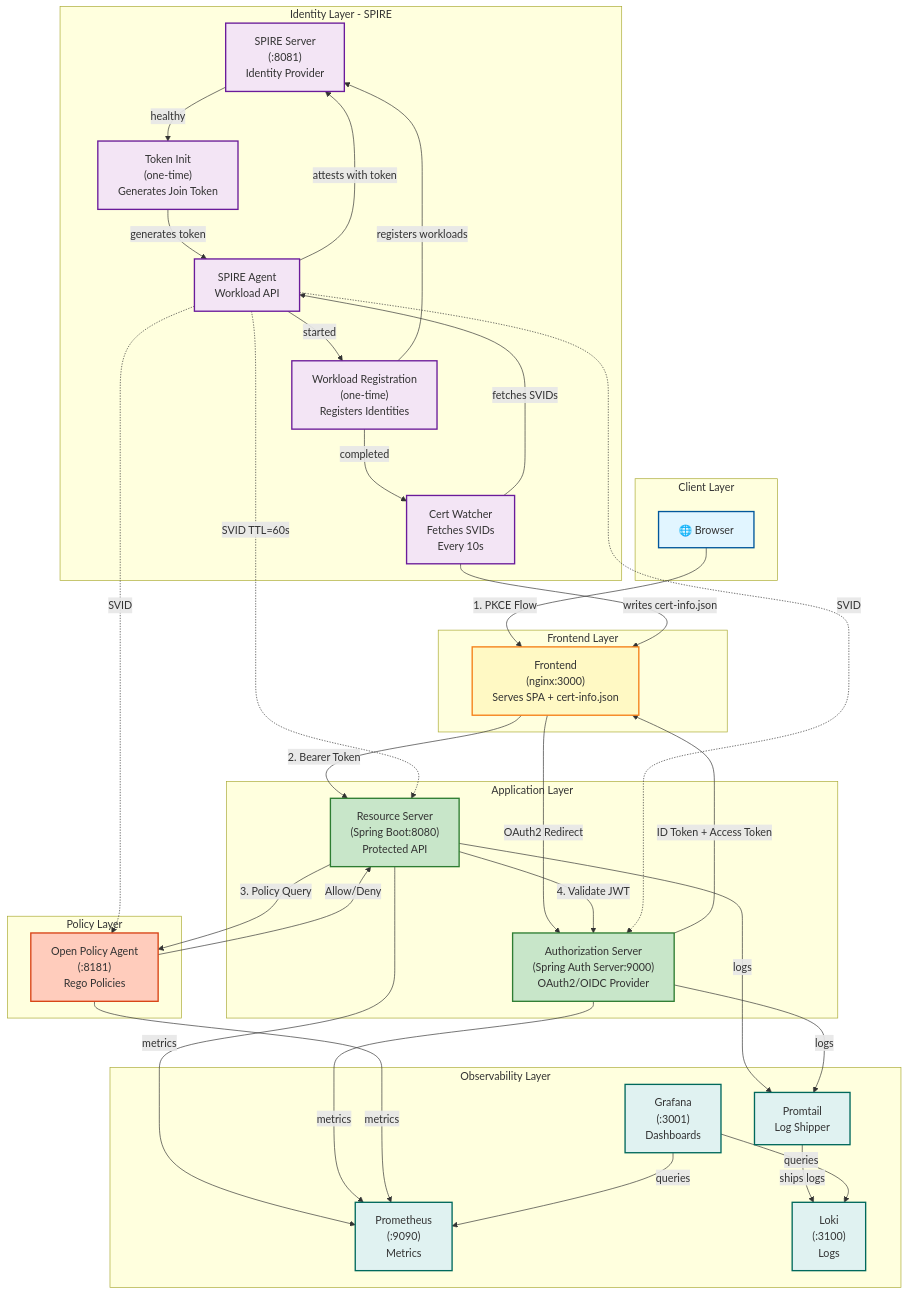
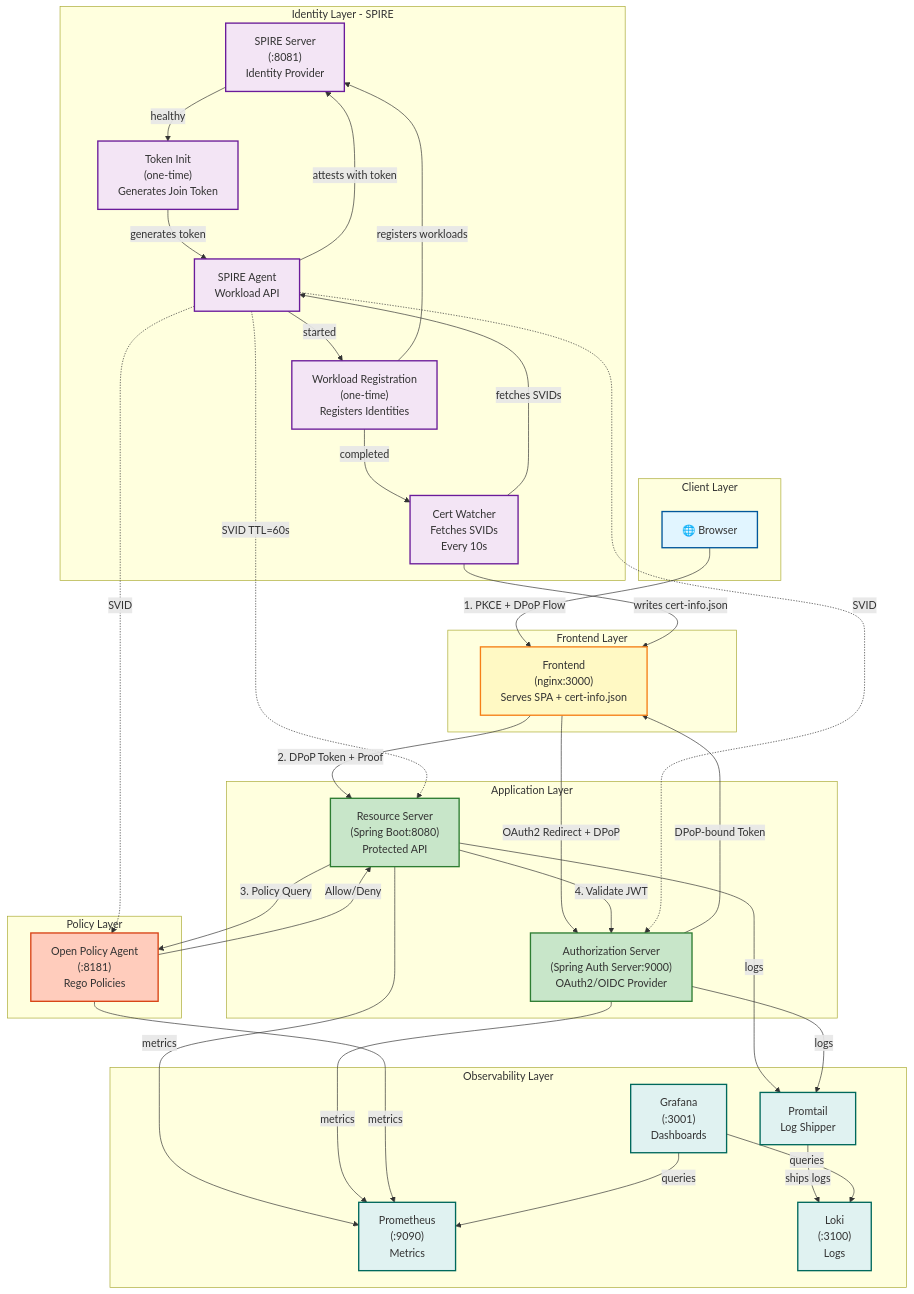
The first of 2 diagrams in README.md (isaric/spring-io-secure-by-default), drawn with Mermaid before and after one commit. The commit also changed other lines of this file and 5 other files, not shown here.

Commit message:
Add DPoP (Demonstrating Proof of Possession) support for enhanced token binding and theft prevention

```diff
--- a/README.md
+++ b/README.md
@@ -50,10 +51,10 @@
     end
 
     %% Client flows
-    Browser -->|"1. PKCE Flow"| Frontend
-    Frontend -->|"OAuth2 Redirect"| AuthServer
-    AuthServer -->|"ID Token + Access Token"| Frontend
-    Frontend -->|"2. Bearer Token"| ResourceServer
+    Browser -->|"1. PKCE + DPoP Flow"| Frontend
+    Frontend -->|"OAuth2 Redirect + DPoP"| AuthServer
+    AuthServer -->|"DPoP-bound Token"| Frontend
+    Frontend -->|"2. DPoP Token + Proof"| ResourceServer
 
     %% Authorization flow
     ResourceServer -->|"3. Policy Query"| OPA
```
